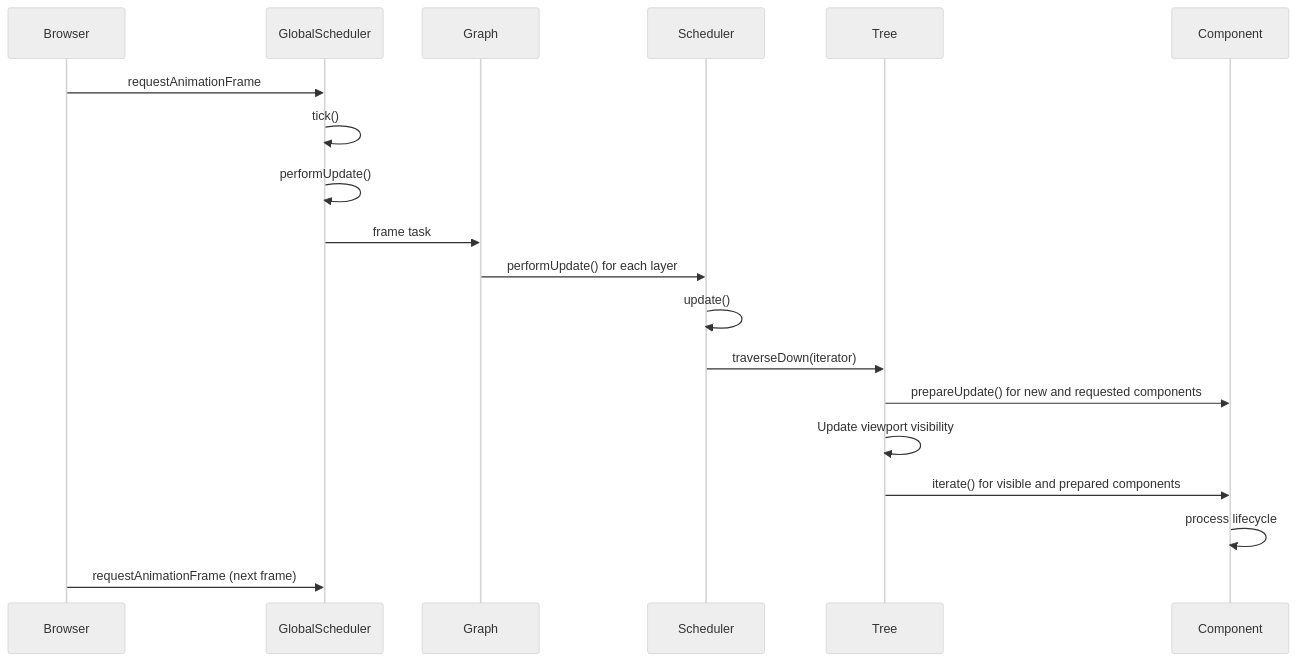
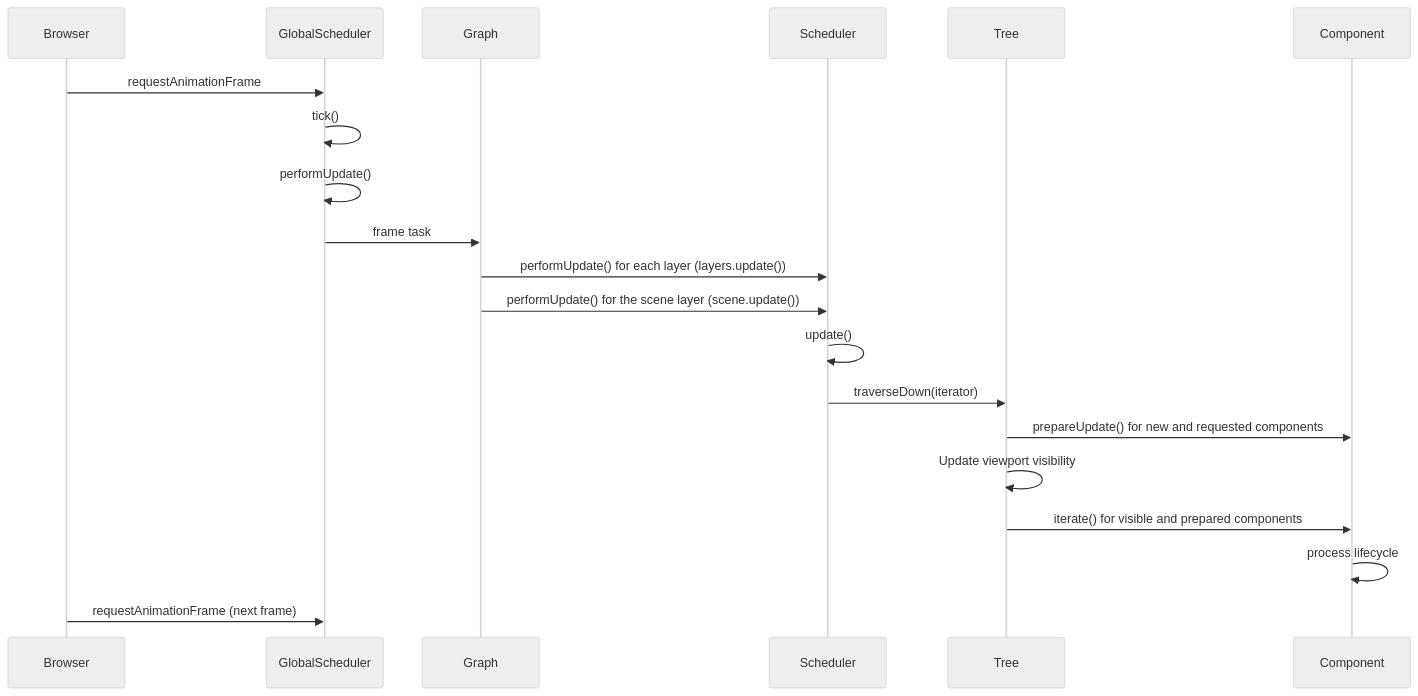
Before and after one commit to gravity-ui/graph: the second of 7 diagrams in packages/graph/docs/system/scheduler-system.md, drawn with Mermaid (neutral theme). The commit also changed other lines of this file and 36 other files, not shown here.

First line of the commit message:
feat(graph): scene runtime on Graph (graph.scene)

````diff
--- a/packages/graph/docs/system/scheduler-system.md
+++ b/packages/graph/docs/system/scheduler-system.md
@@ -101,22 +104,23 @@
 ```mermaid
 sequenceDiagram
     participant Browser
     participant GlobalScheduler
     participant Graph
     participant Scheduler
     participant Tree
     participant Component
     
     Browser->>GlobalScheduler: requestAnimationFrame
     GlobalScheduler->>GlobalScheduler: tick()
     GlobalScheduler->>GlobalScheduler: performUpdate()
     GlobalScheduler->>Graph: frame task
-    Graph->>Scheduler: performUpdate() for each layer
+    Graph->>Scheduler: performUpdate() for each layer (layers.update())
+    Graph->>Scheduler: performUpdate() for the scene layer (scene.update())
     Scheduler->>Scheduler: update()
     Scheduler->>Tree: traverseDown(iterator)
     Tree->>Component: prepareUpdate() for new and requested components
     Tree->>Tree: Update viewport visibility
     Tree->>Component: iterate() for visible and prepared components
     Component->>Component: process lifecycle
     Browser->>GlobalScheduler: requestAnimationFrame (next frame)
 ```
````
